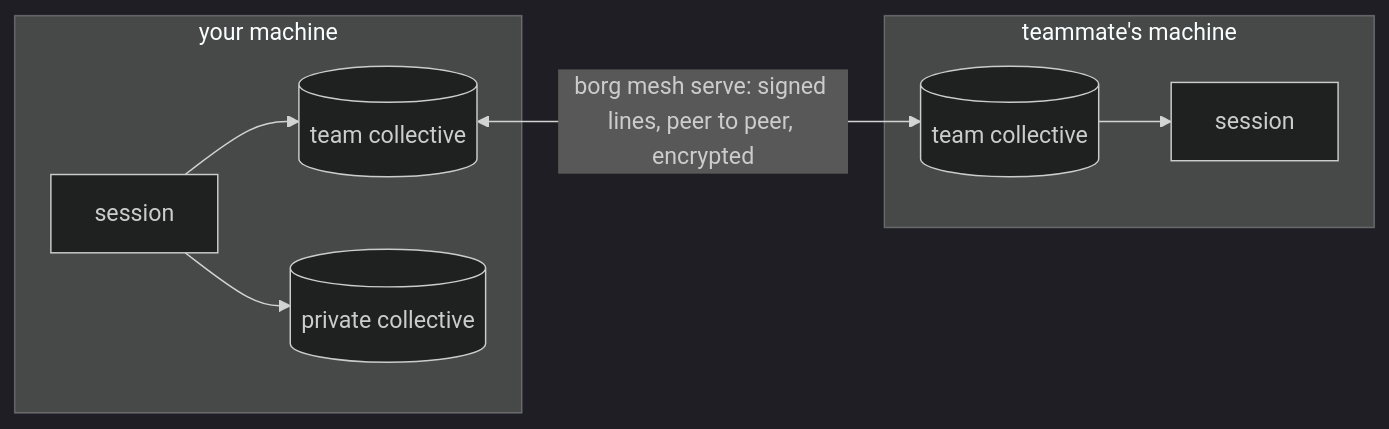
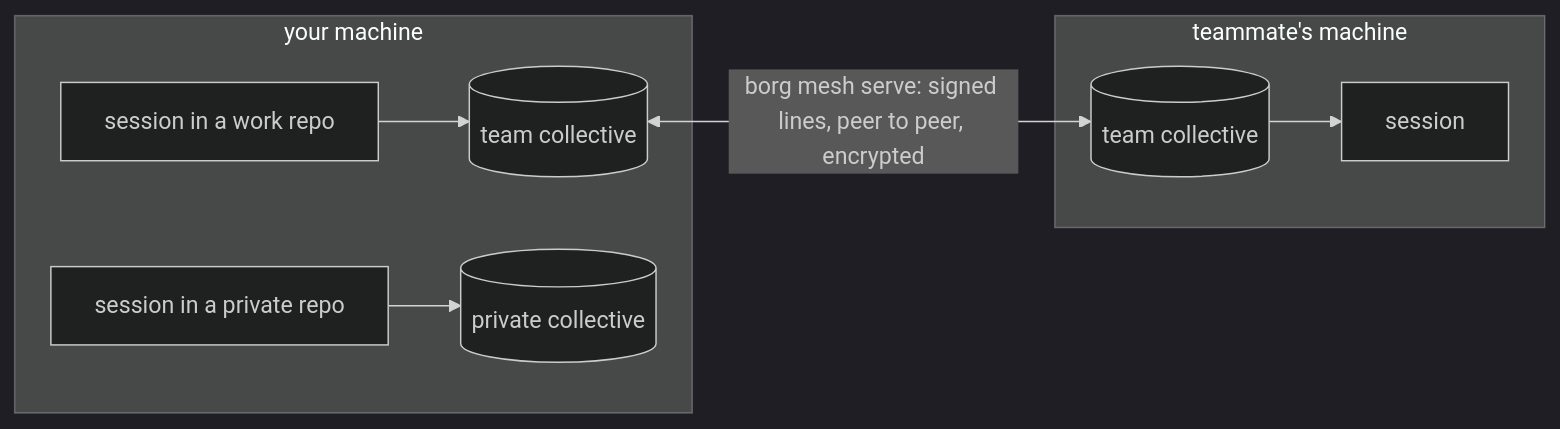
The second of 2 diagrams in README.md (debe/borg_ai), drawn with Mermaid (dark theme) before and after one commit. The commit also changed other lines of this file and 38 other files, not shown here.

````diff
--- a/README.md
+++ b/README.md
@@ -169,11 +171,11 @@
 ```mermaid
 flowchart LR
   subgraph A["your machine"]
-    SA["session"] --> TA[("team collective")]
-    SA --> PA[("private collective")]
+    SA["session in a work repo"] --> TA[("team collective")]
+    SP["session in a private repo"] --> PA[("private collective")]
   end
   subgraph B["teammate's machine"]
     TB[("team collective")] --> SB["session"]
   end
   TA <-->|"borg mesh serve: signed lines, peer to peer, encrypted"| TB
 ```
````
